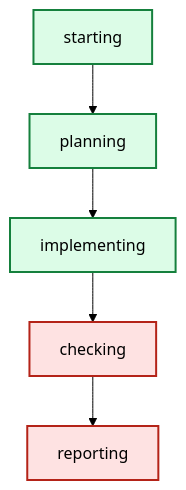
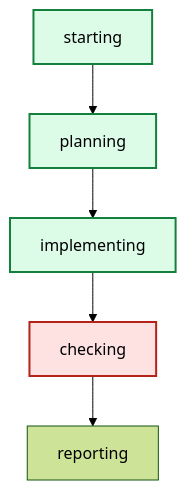
One commit to daniell0gda/hermes-feature-check-dashboard changed the diagram in latest/graph.mmd. Above: the diagram before and after it, drawn with Mermaid (forest theme). The commit also changed 32 other files, not shown here.

```diff
--- a/latest/graph.mmd
+++ b/latest/graph.mmd
@@ -1,14 +1,13 @@
 graph TD
     starting --> planning
     planning --> implementing
     implementing --> checking
     checking --> reporting
 
 classDef done fill:#dcfce7,stroke:#15803d,stroke-width:2px;
 classDef active fill:#dbeafe,stroke:#2563eb,stroke-width:3px;
 classDef failed fill:#fee2e2,stroke:#b42318,stroke-width:2px;
 class implementing done;
 class checking failed;
+class starting done;
 class planning done;
-class starting done;
-class reporting failed;
```
